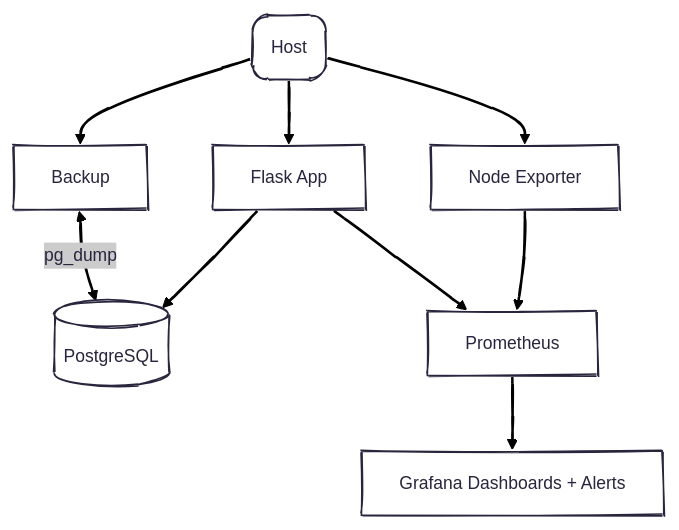
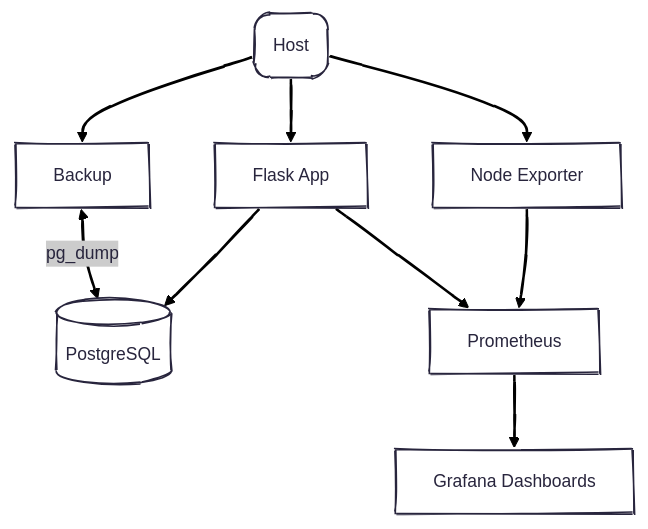
The diagram in README.md (NailAmber/Compose_lab), drawn with Mermaid before and after one commit. The commit also changed other lines of this file, not shown here.

````diff
--- a/README.md
+++ b/README.md
@@ -19,16 +19,16 @@
 ```mermaid
 ---
 config:
   layout: dagre
   look: handDrawn
   theme: redux
 ---
 flowchart TD
     host["Host"] --> Backup["Backup"] & NodeExporter["Node Exporter"] & App["Flask App"]
     host@{ shape: rounded}
     Backup <-- pg_dump --> DB[("PostgreSQL")]
     App --> DB & Prometheus["Prometheus"]
     NodeExporter --> Prometheus
-    Prometheus --> Grafana["Grafana Dashboards + Alerts"]
+    Prometheus --> Grafana["Grafana Dashboards"]
 
 ```
````
